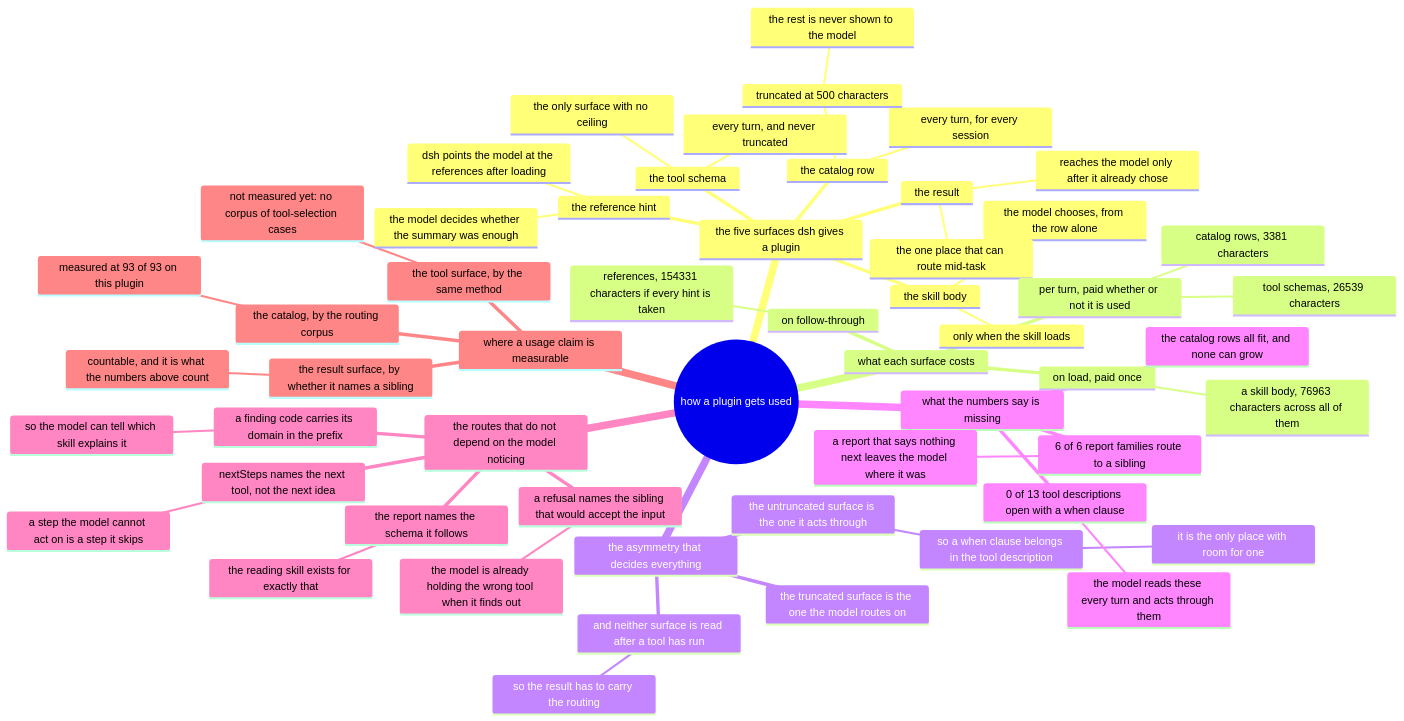
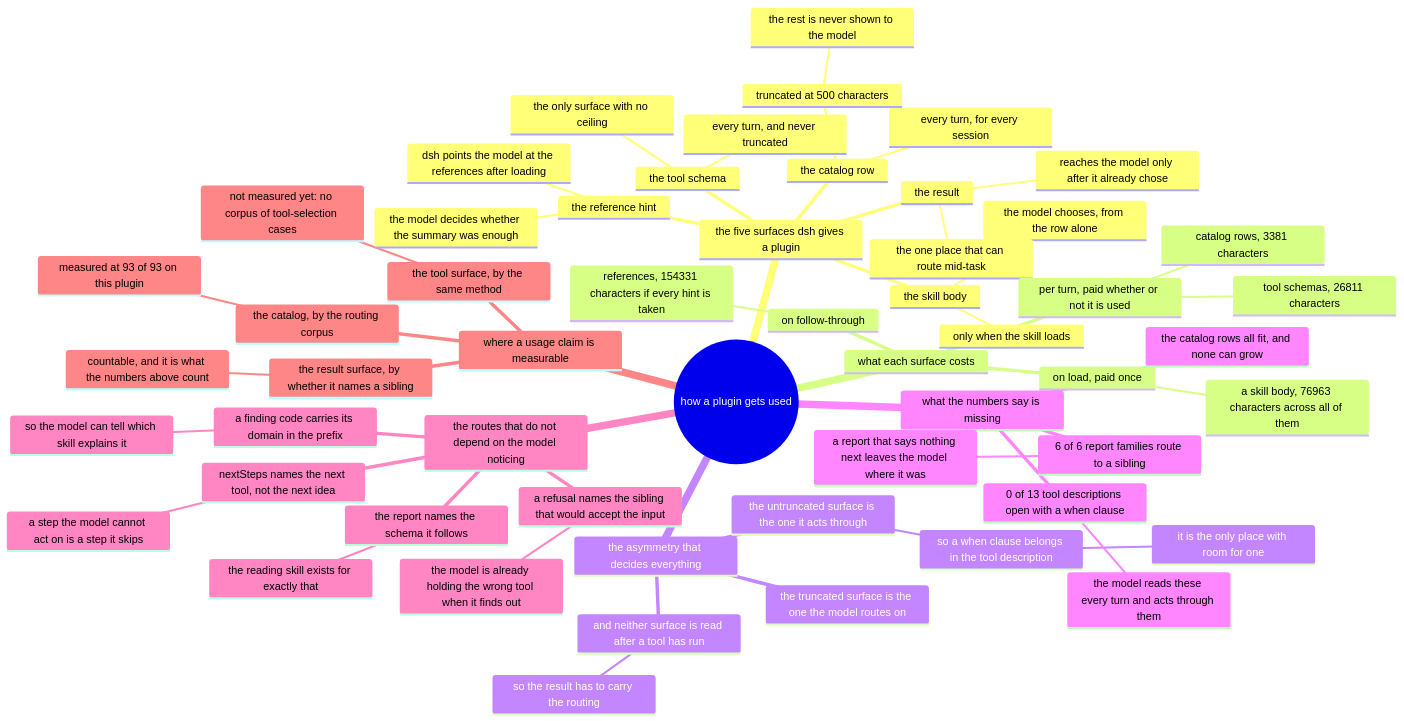
Before and after one commit to AmethystLuna/dsh-model-everything: the diagram in docs/usage/mindmap.mmd, drawn with Mermaid. The commit also changed 9 other files, not shown here.

```diff
--- a/docs/usage/mindmap.mmd
+++ b/docs/usage/mindmap.mmd
@@ -1,56 +1,56 @@
 mindmap
 root((how a plugin gets used))
   the five surfaces dsh gives a plugin
     the catalog row
       every turn, for every session
       truncated at 500 characters
         the rest is never shown to the model
     the skill body
       only when the skill loads
       the model chooses, from the row alone
     the reference hint
       dsh points the model at the references after loading
       the model decides whether the summary was enough
     the tool schema
       every turn, and never truncated
       the only surface with no ceiling
     the result
       reaches the model only after it already chose
       the one place that can route mid-task
   what each surface costs
     per turn, paid whether or not it is used
       catalog rows, 3381 characters
-      tool schemas, 26539 characters
+      tool schemas, 26811 characters
     on load, paid once
       a skill body, 76963 characters across all of them
     on follow-through
       references, 154331 characters if every hint is taken
   the asymmetry that decides everything
     the truncated surface is the one the model routes on
     the untruncated surface is the one it acts through
       so a when clause belongs in the tool description
         it is the only place with room for one
     and neither surface is read after a tool has run
       so the result has to carry the routing
   what the numbers say is missing
     0 of 13 tool descriptions open with a when clause
       the model reads these every turn and acts through them
     6 of 6 report families route to a sibling
       a report that says nothing next leaves the model where it was
     the catalog rows all fit, and none can grow
   the routes that do not depend on the model noticing
     a refusal names the sibling that would accept the input
       the model is already holding the wrong tool when it finds out
     nextSteps names the next tool, not the next idea
       a step the model cannot act on is a step it skips
     a finding code carries its domain in the prefix
       so the model can tell which skill explains it
     the report names the schema it follows
       the reading skill exists for exactly that
   where a usage claim is measurable
     the catalog, by the routing corpus
       measured at 93 of 93 on this plugin
     the tool surface, by the same method
       not measured yet: no corpus of tool-selection cases
     the result surface, by whether it names a sibling
       countable, and it is what the numbers above count
```
